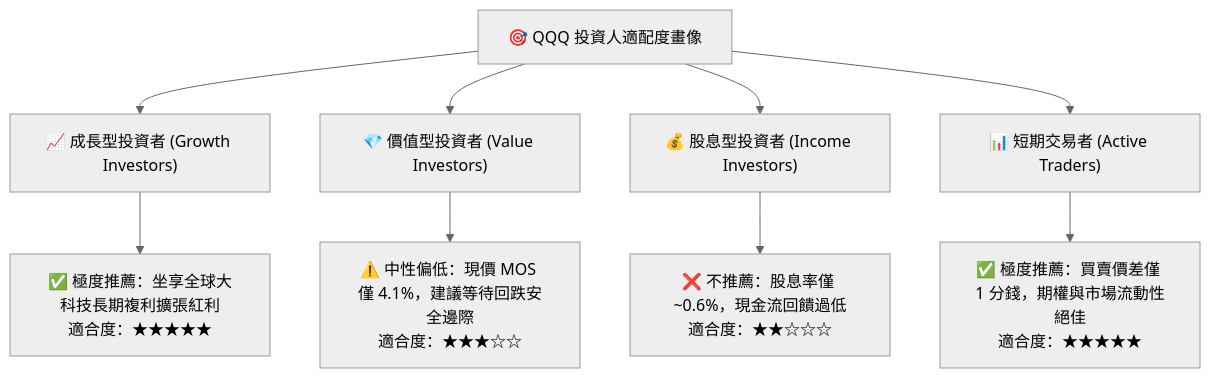
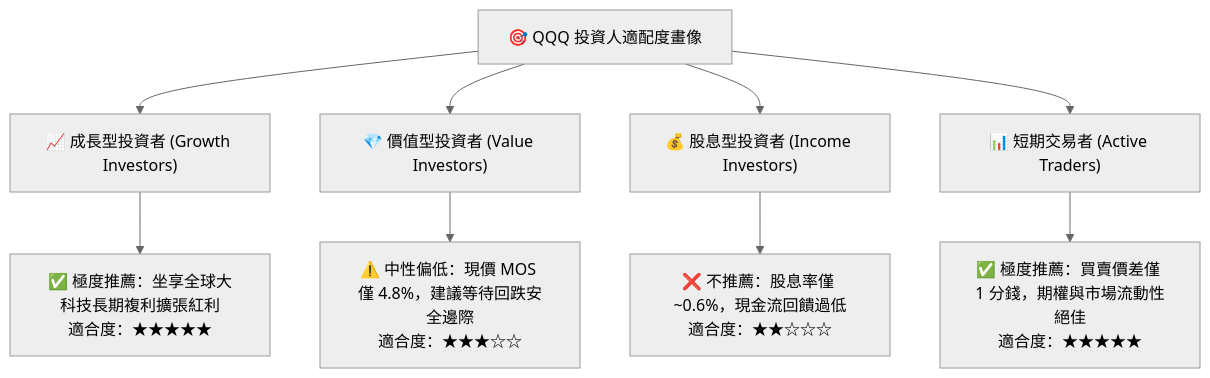
One commit to yennanliu/finance_data changed diagram 15 of 15 in ai_gen_report/fundamental/qqq/fundamental_analysis_2026-10-17_gemini.md. Above: the diagram before and after it, drawn with Mermaid (neutral theme). The commit also changed other lines of this file and 339 other files, not shown here.

````diff
--- a/ai_gen_report/fundamental/qqq/fundamental_analysis_2026-10-17_gemini.md
+++ b/ai_gen_report/fundamental/qqq/fundamental_analysis_2026-10-17_gemini.md
@@ -1047,14 +1062,14 @@
 ```mermaid
 graph TD
     INV["🎯 QQQ 投資人適配度畫像"]
 
     INV --> G["📈 成長型投資者 (Growth Investors)"]
     INV --> V["💎 價值型投資者 (Value Investors)"]
     INV --> D["💰 股息型投資者 (Income Investors)"]
     INV --> T["📊 短期交易者 (Active Traders)"]
 
     G --> G1["✅ 極度推薦：坐享全球大科技長期複利擴張紅利<br/>適合度：★★★★★"]
-    V --> V1["⚠️ 中性偏低：現價 MOS 僅 4.1%，建議等待回跌安全邊際<br/>適合度：★★★☆☆"]
+    V --> V1["⚠️ 中性偏低：現價 MOS 僅 4.8%，建議等待回跌安全邊際<br/>適合度：★★★☆☆"]
     D --> D1["❌ 不推薦：股息率僅 ~0.6%，現金流回饋過低<br/>適合度：★★☆☆☆"]
     T --> T1["✅ 極度推薦：買賣價差僅 1 分錢，期權與市場流動性絕佳<br/>適合度：★★★★★"]
 ```
````
